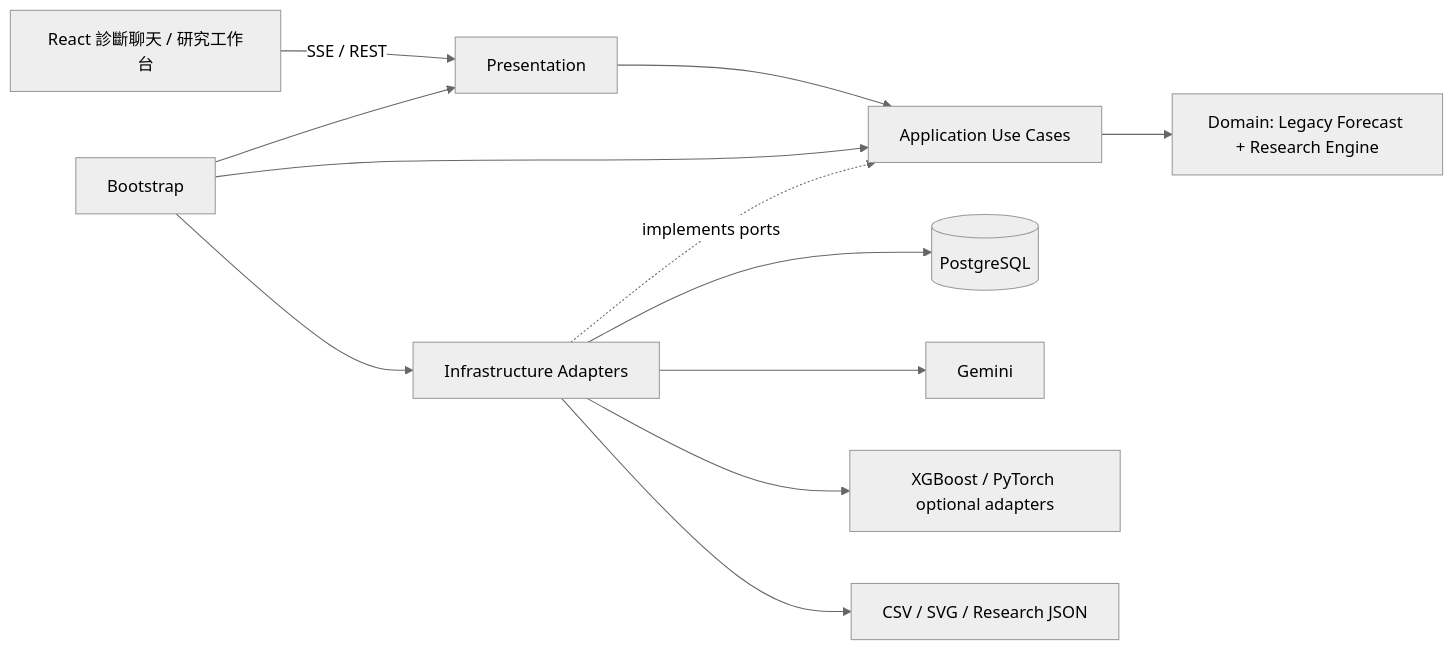
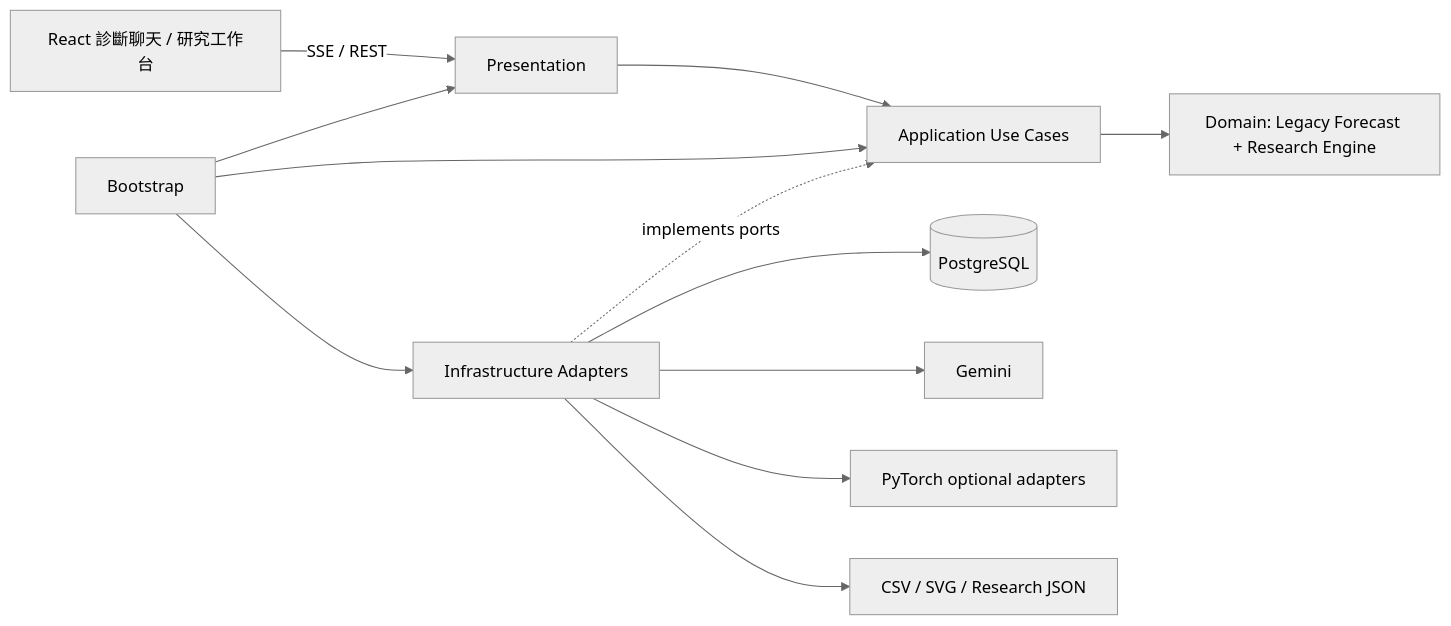
One commit to programmerKB/Edge-mind changed the diagram in README.md. Above: the diagram before and after it, drawn with Mermaid (neutral theme). The commit also changed other lines of this file and 31 other files, not shown here.

````diff
--- a/README.md
+++ b/README.md
@@ -213,14 +213,14 @@
 ```mermaid
 flowchart LR
     UI[React 診斷聊天 / 研究工作台] -->|SSE / REST| P[Presentation]
     P --> A[Application Use Cases]
     A --> D[Domain: Legacy Forecast + Research Engine]
     I[Infrastructure Adapters] -. implements ports .-> A
     I --> DB[(PostgreSQL)]
     I --> G[Gemini]
-    I --> ML[XGBoost / PyTorch optional adapters]
+    I --> ML[PyTorch optional adapters]
     I --> FS[CSV / SVG / Research JSON]
     B[Bootstrap] --> P
     B --> A
     B --> I
 ```
````
